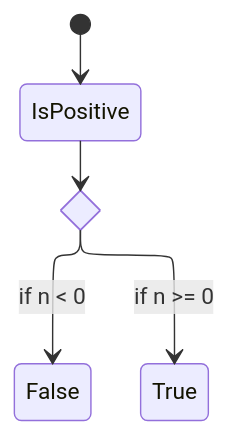
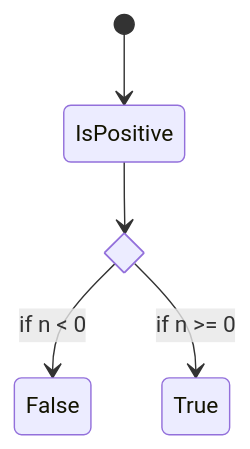
The second of 6 diagrams in erd_example.md (Kuziomkin/diagrams), drawn with Mermaid before and after one commit.

````diff
--- a/erd_example.md
+++ b/erd_example.md
@@ -17,15 +17,14 @@
 ```mermaid
 ---
 config:
-  layout: elk
-  elk:
-    mergeEdges: true
-    nodePlacementStrategy: LINEAR_SEGMENTS
+  layout: dagre
+  look: classic
+  theme: default
 ---
     stateDiagram-v2
         state if_state <<choice>>
         [*] --> IsPositive
         IsPositive --> if_state
         if_state --> False: if n < 0
         if_state --> True : if n >= 0
 ```
````
